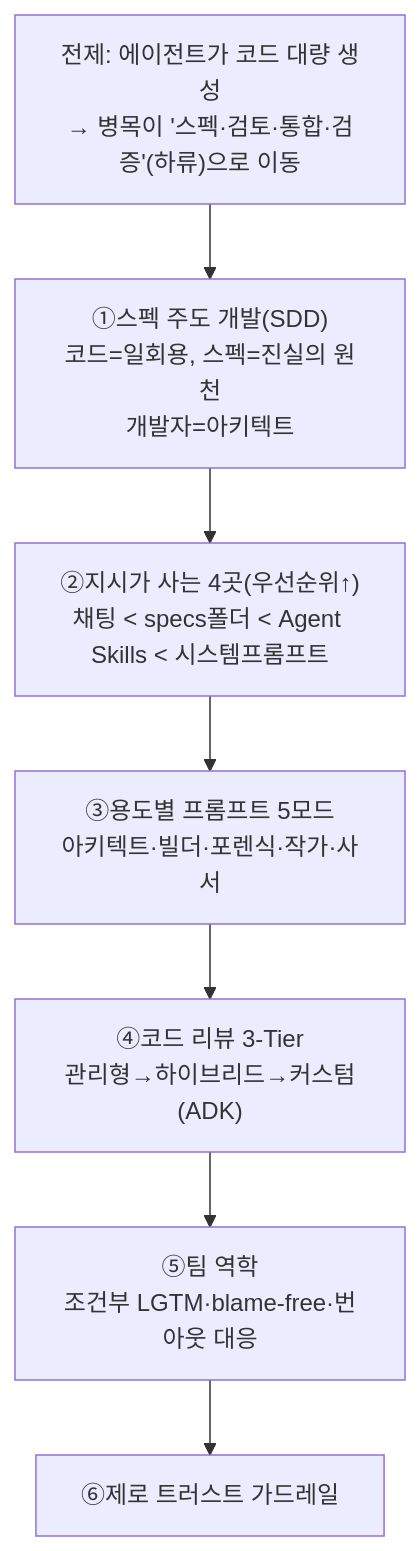
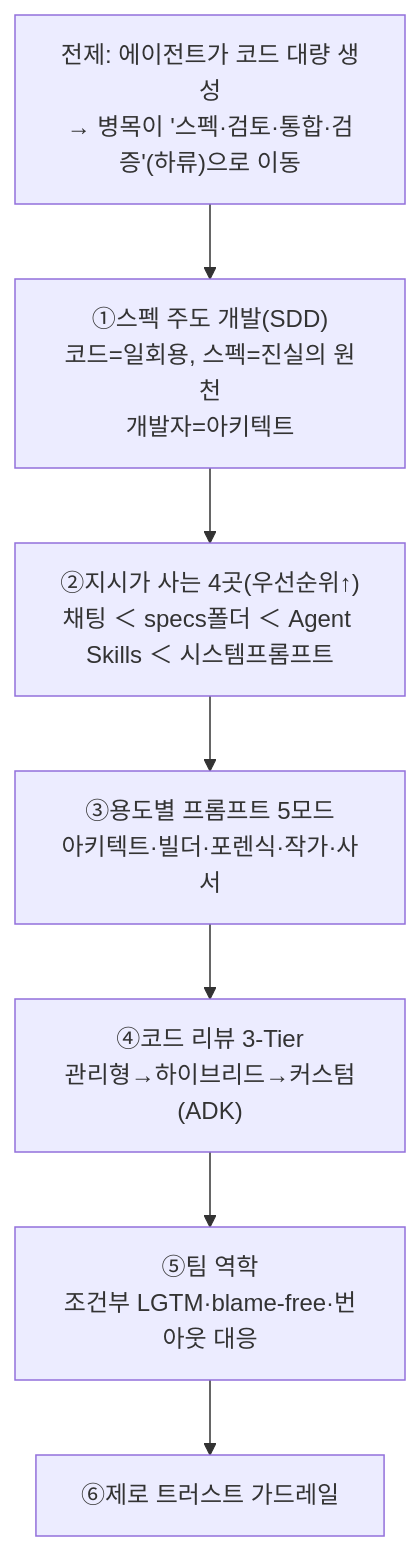
The seventh of 10 diagrams in content/reading/ai-agent-coding-document-ai-6-sources-deep-dive.md (DBhyeong/DBhyeong.github.io), drawn with Mermaid before and after one commit. The commit also changed 9 other files, not shown here.

First line of the commit message:
blog: 어제자 3편 발행 + 옛글 mermaid 렌더깨짐 34건 일괄 수정

````diff
--- a/content/reading/ai-agent-coding-document-ai-6-sources-deep-dive.md
+++ b/content/reading/ai-agent-coding-document-ai-6-sources-deep-dive.md
@@ -351,10 +351,10 @@
 ```mermaid
 flowchart TD
     A["전제: 에이전트가 코드 대량 생성<br/>→ 병목이 '스펙·검토·통합·검증'(하류)으로 이동"]
     A --> B["①스펙 주도 개발(SDD)<br/>코드=일회용, 스펙=진실의 원천<br/>개발자=아키텍트"]
-    B --> C["②지시가 사는 4곳(우선순위↑)<br/>채팅 < specs폴더 < Agent Skills < 시스템프롬프트"]
+    B --> C["②지시가 사는 4곳(우선순위↑)<br/>채팅 ＜ specs폴더 ＜ Agent Skills ＜ 시스템프롬프트"]
     C --> D["③용도별 프롬프트 5모드<br/>아키텍트·빌더·포렌식·작가·사서"]
     D --> E["④코드 리뷰 3-Tier<br/>관리형→하이브리드→커스텀(ADK)"]
     E --> F["⑤팀 역학<br/>조건부 LGTM·blame-free·번아웃 대응"]
     F --> G["⑥제로 트러스트 가드레일"]
 ```
````
